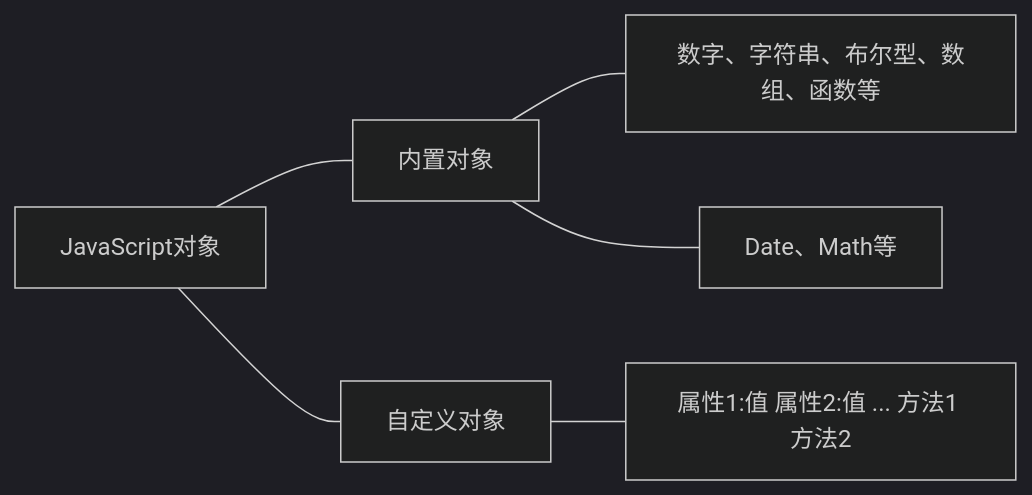
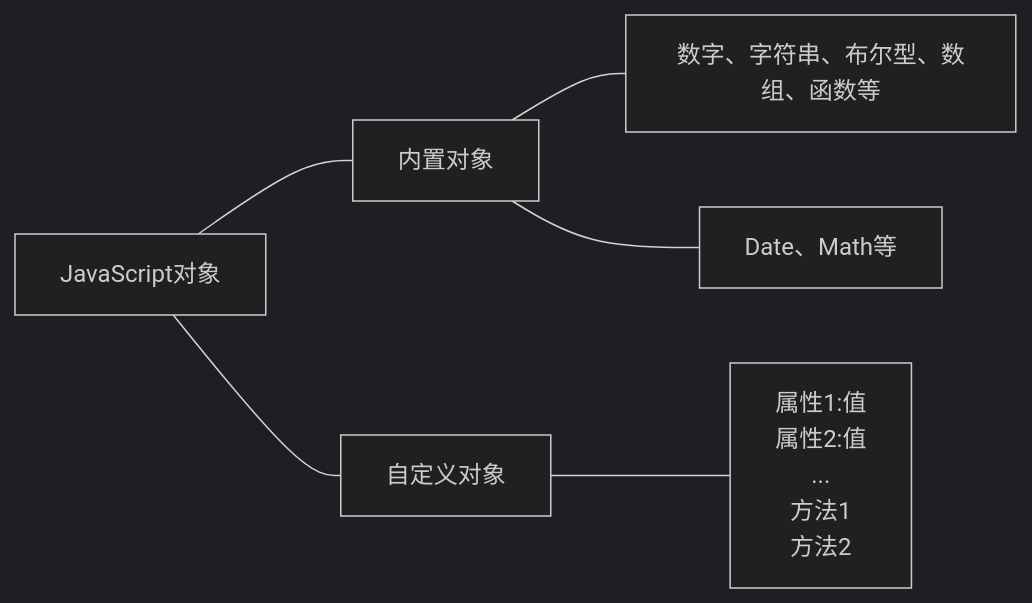
One commit to wholon/wholon.github.io changed the first of 3 diagrams in article/cs/lang/JavaScript/_posts/2022-04-09-JavaScript对象.md. Above: the diagram before and after it, drawn with Mermaid (dark theme). The commit also changed 10 other files, not shown here.

````diff
--- a/article/cs/lang/JavaScript/_posts/2022-04-09-JavaScript对象.md
+++ b/article/cs/lang/JavaScript/_posts/2022-04-09-JavaScript对象.md
@@ -9,8 +9,8 @@
 ```mermaid
 graph LR
 A[JavaScript对象]---B[内置对象]
 	B---D["数字、字符串、布尔型、数组、函数等"]
 	B---E["Date、Math等"]
 A---C[自定义对象]
-	C---F["属性1:值 属性2:值 ... 方法1 方法2"]
+	C---F["属性1:值</br>属性2:值</br>...</br>方法1</br>方法2"]
 ```
````
